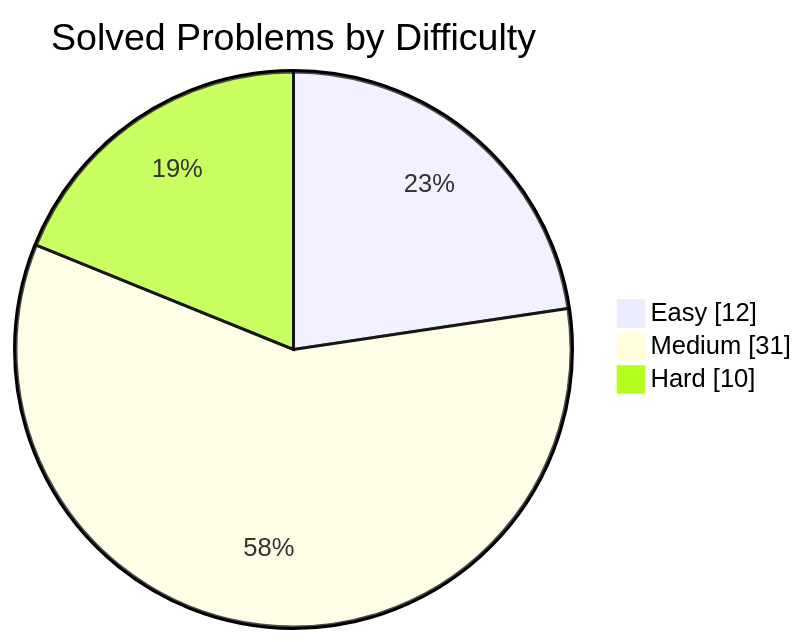
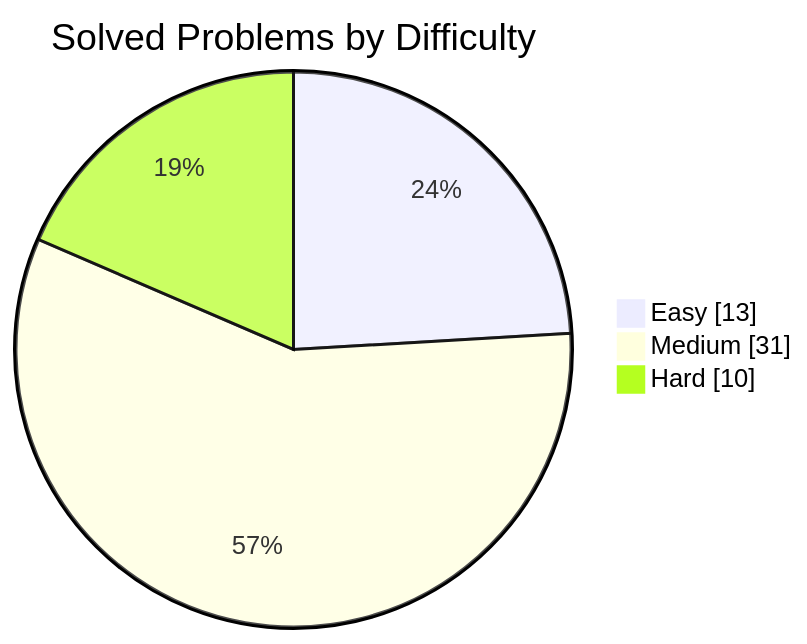
Before and after one commit to manikantbindass/DSA-Preparation-FAANG: the first of 2 diagrams in README.md, drawn with Mermaid. The commit also changed other lines of this file and 1 other file, not shown here.

````diff
--- a/README.md
+++ b/README.md
@@ -32,7 +32,7 @@
 ```mermaid
 pie showData
     title Solved Problems by Difficulty
-    "Easy" : 12
+    "Easy" : 13
     "Medium" : 31
     "Hard" : 10
 ```
````
